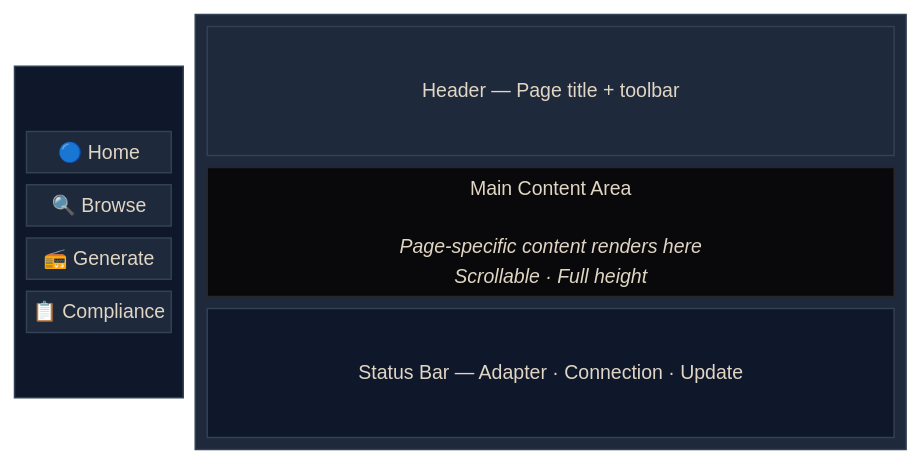
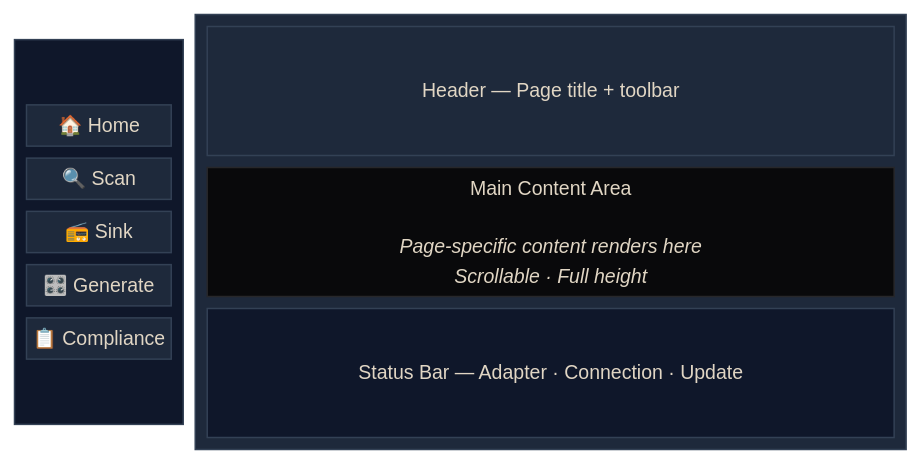
Before and after one commit to digimap2000/auracle: the diagram in docs/diagrams/APP-2-layout-wireframe.mmd, drawn with Mermaid. The commit also changed 16 other files, not shown here.

```diff
--- a/docs/diagrams/APP-2-layout-wireframe.mmd
+++ b/docs/diagrams/APP-2-layout-wireframe.mmd
@@ -1,30 +1,32 @@
 %%{init: {'theme': 'base', 'themeVariables': {'primaryColor': '#1e293b', 'primaryBorderColor': '#334155', 'primaryTextColor': '#f8fafc', 'secondaryColor': '#0f172a', 'tertiaryColor': '#1e293b', 'lineColor': '#475569', 'fontSize': '13px'}}}%%
 block-beta
     columns 5
 
     block:rail:1
         columns 1
         space
-        A["🔵 Home"]
-        B["🔍 Browse"]
-        C["📻 Generate"]
-        D["📋 Compliance"]
+        A["🏠 Home"]
+        B["🔍 Scan"]
+        C["📻 Sink"]
+        D["🎛️ Generate"]
+        E["📋 Compliance"]
         space
     end
 
     block:main:4
         columns 1
         Header["Header — Page title + toolbar"]
         Content["Main Content Area<br/><br/><i>Page-specific content renders here</i><br/><i>Scrollable · Full height</i>"]
         StatusBar["Status Bar — Adapter · Connection · Update"]
     end
 
     style rail fill:#0f172a,stroke:#334155,color:#94a3b8
     style main fill:#1e293b,stroke:#334155
     style Header fill:#1e293b,stroke:#334155,color:#e2e8f0
     style Content fill:#09090b,stroke:#27272a,color:#a1a1aa
     style StatusBar fill:#0f172a,stroke:#334155,color:#94a3b8
     style A fill:#1e293b,stroke:#334155,color:#e2e8f0
     style B fill:#1e293b,stroke:#334155,color:#e2e8f0
     style C fill:#1e293b,stroke:#334155,color:#e2e8f0
     style D fill:#1e293b,stroke:#334155,color:#e2e8f0
+    style E fill:#1e293b,stroke:#334155,color:#e2e8f0
```
